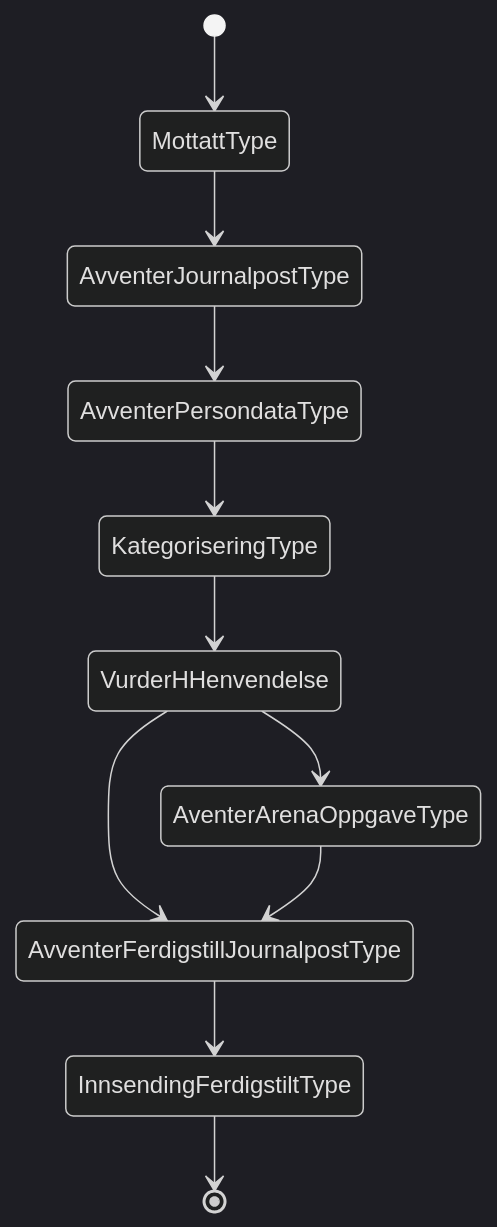
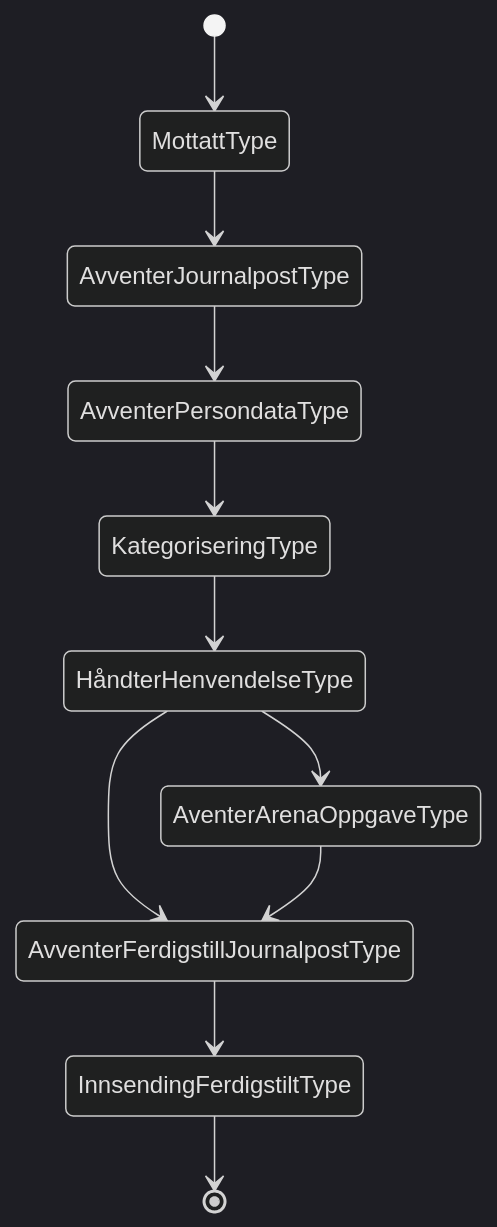
Before and after one commit to navikt/dp-mottak: the diagram in docs/arkitektur/tilstander/NAV 90-00.08.approved.md, drawn with Mermaid (dark theme). The commit also changed 2 other files, not shown here.

Commit message:
Rettet navn på tilstandtype til HåndterHenvendelseType pluss småfix i logging

````diff
--- a/docs/arkitektur/tilstander/NAV 90-00.08.approved.md
+++ b/docs/arkitektur/tilstander/NAV 90-00.08.approved.md
@@ -3,13 +3,13 @@
 ```mermaid
    stateDiagram
    [*]-->MottattType
    	MottattType --> AvventerJournalpostType
 	AvventerJournalpostType --> AvventerPersondataType
 	AvventerPersondataType --> KategoriseringType
-	KategoriseringType --> VurderHHenvendelse
-    VurderHHenvendelse --> AventerArenaOppgaveType
-    VurderHHenvendelse --> AvventerFerdigstillJournalpostType
+	KategoriseringType --> HåndterHenvendelseType
+    HåndterHenvendelseType --> AventerArenaOppgaveType
+    HåndterHenvendelseType --> AvventerFerdigstillJournalpostType
     AventerArenaOppgaveType --> AvventerFerdigstillJournalpostType
 	AvventerFerdigstillJournalpostType --> InnsendingFerdigstiltType
    InnsendingFerdigstiltType--> [*]    
 ```
````
